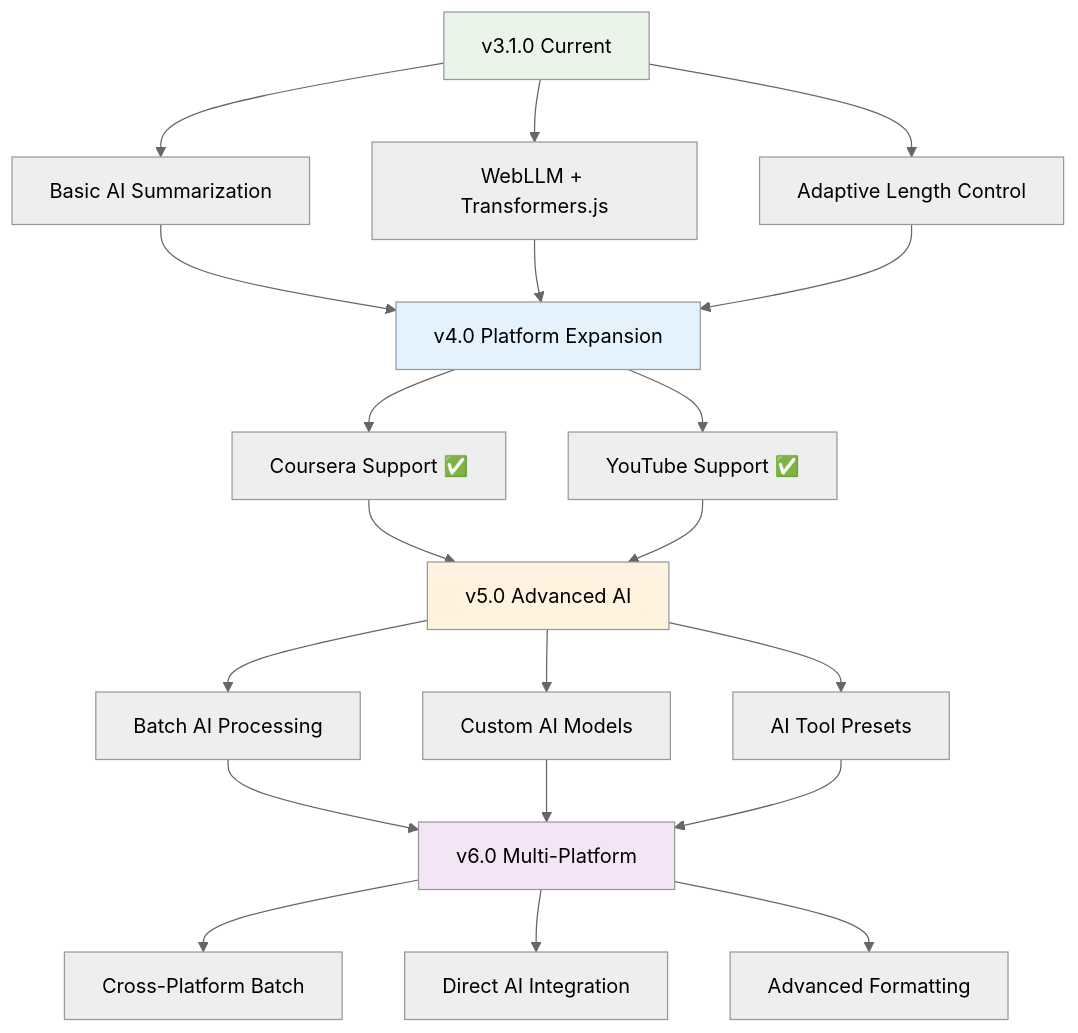
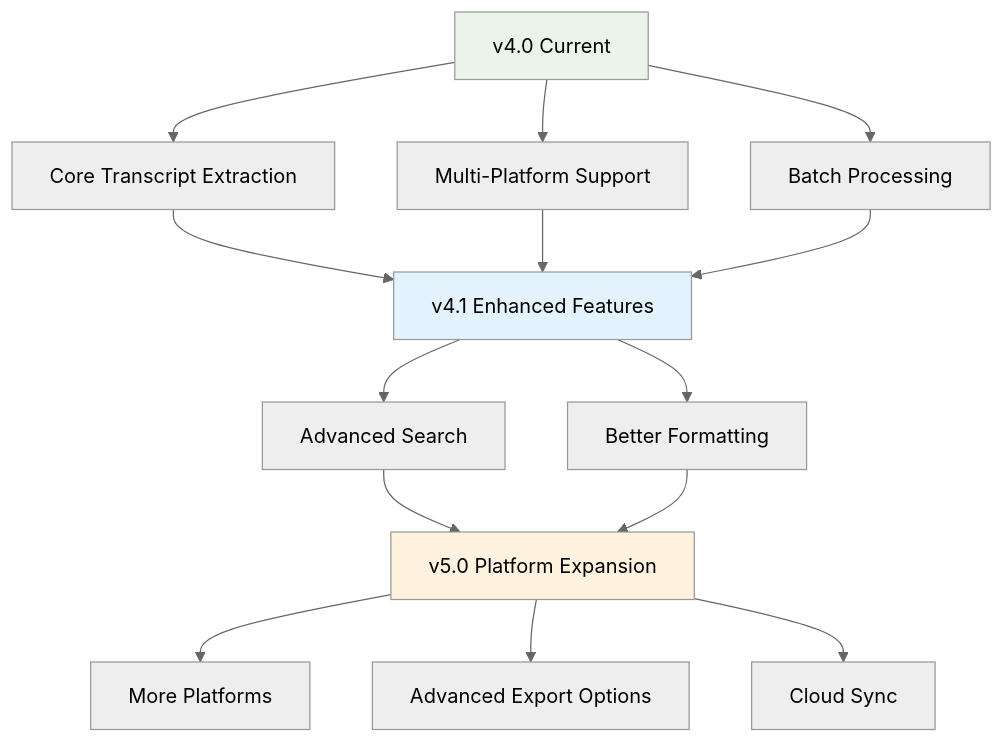
The second of 2 diagrams in README.md (pras-ops/udemy-transcript-extractor), drawn with Mermaid (neutral theme) before and after one commit. The commit also changed other lines of this file and 66 other files, not shown here.

````diff
--- a/README.md
+++ b/README.md
@@ -528,33 +195,24 @@
 ```mermaid
 graph TD
-    A[v3.1.0 Current] --> B[Basic AI Summarization]
-    A --> C[WebLLM + Transformers.js]
-    A --> D[Adaptive Length Control]
+    A[v4.0 Current] --> B[Core Transcript Extraction]
+    A --> C[Multi-Platform Support]
+    A --> D[Batch Processing]
     
-    B --> E[v4.0 Platform Expansion]
+    B --> E[v4.1 Enhanced Features]
     C --> E
     D --> E
     
-    E --> F[Coursera Support ✅]
-    E --> G[YouTube Support ✅]
+    E --> F[Advanced Search]
+    E --> G[Better Formatting]
     
-    F --> I[v5.0 Advanced AI]
-    G --> I
+    F --> H[v5.0 Platform Expansion]
+    G --> H
     
-    I --> J[Batch AI Processing]
-    I --> K[Custom AI Models]
-    I --> L[AI Tool Presets]
-    
-    J --> M[v6.0 Multi-Platform]
-    K --> M
-    L --> M
-    
-    M --> N[Cross-Platform Batch]
-    M --> O[Direct AI Integration]
-    M --> P[Advanced Formatting]
+    H --> I[More Platforms]
+    H --> J[Advanced Export Options]
+    H --> K[Cloud Sync]
     
     style A fill:#e8f5e8
     style E fill:#e3f2fd
-    style I fill:#fff3e0
-    style M fill:#f3e5f5
+    style H fill:#fff3e0
 ```
````
